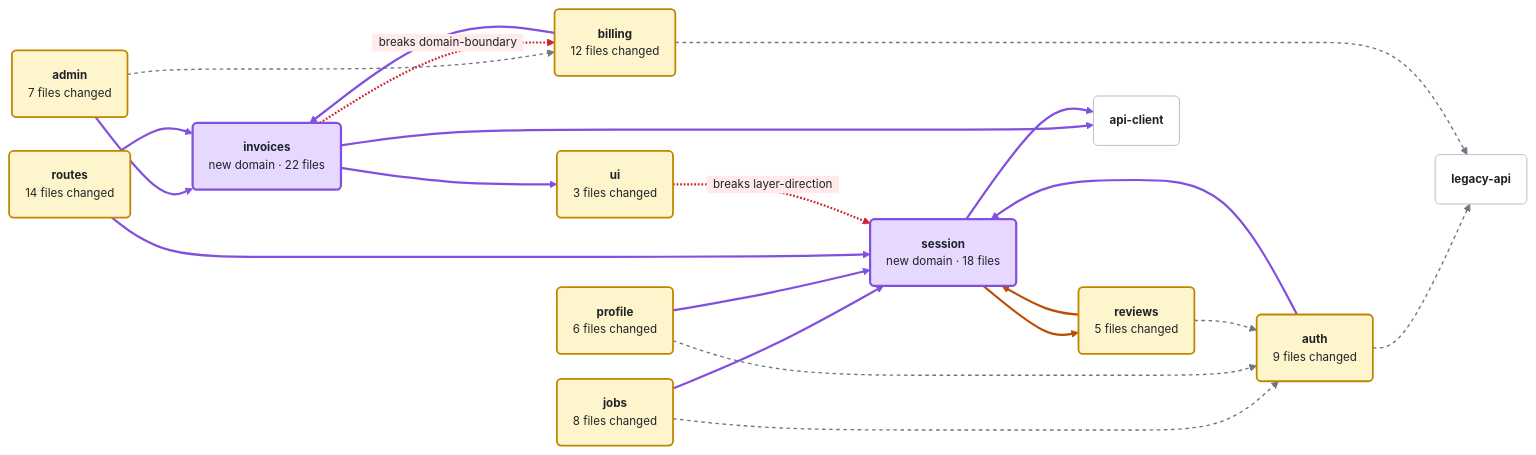
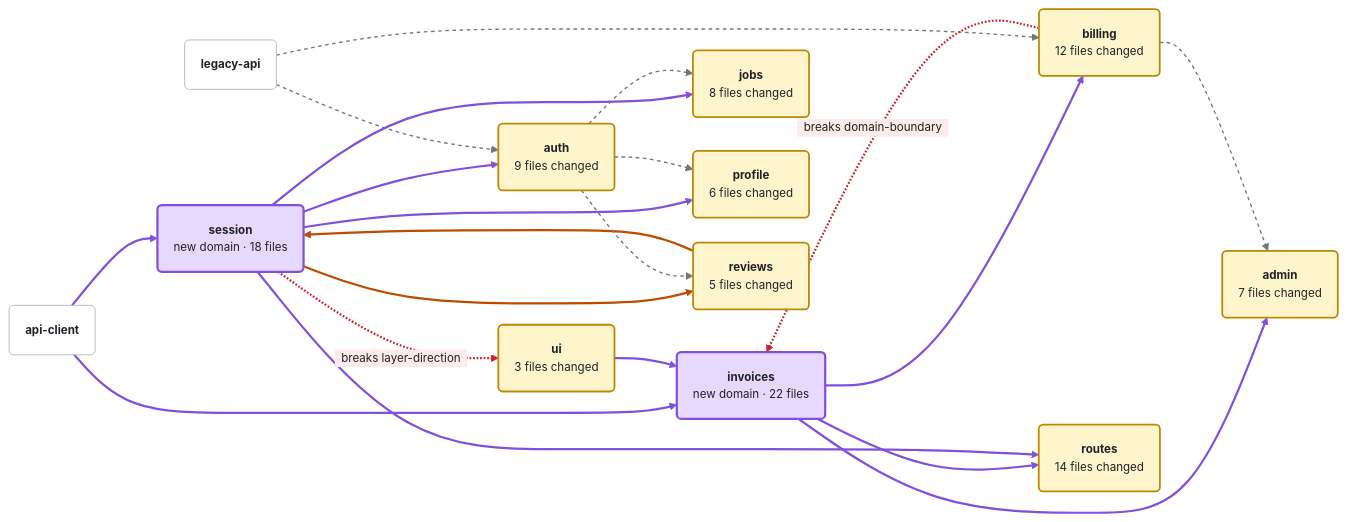
One commit to fredarcito/reins changed the diagram in docs/proposals/pr-map-examples/large.md. Above: the diagram before and after it, drawn with Mermaid. The commit also changed other lines of this file and 8 other files, not shown here.

````diff
--- a/docs/proposals/pr-map-examples/large.md
+++ b/docs/proposals/pr-map-examples/large.md
@@ -17,55 +17,55 @@
 ```mermaid
 %%{init: {"theme": "base", "flowchart": {"curve": "basis", "padding": 18, "nodeSpacing": 28, "rankSpacing": 70}, "themeVariables": {"fontFamily": "-apple-system, BlinkMacSystemFont, Segoe UI, Helvetica, Arial, sans-serif", "fontSize": "13px", "primaryColor": "#ffffff", "primaryBorderColor": "#d0d7de", "primaryTextColor": "#1f2328", "lineColor": "#8c959f", "edgeLabelBackground": "#ffebe9", "textColor": "#1f2328"}}}%%
 flowchart LR
   n1("`**invoices**
   new domain · 22 files`"):::added
   n2("`**session**
   new domain · 18 files`"):::added
   n3("`**admin**
   7 files changed`"):::touched
   n4("`**auth**
   9 files changed`"):::touched
   n5("`**billing**
   12 files changed`"):::touched
   n6("`**jobs**
   8 files changed`"):::touched
   n7("`**profile**
   6 files changed`"):::touched
   n8("`**reviews**
   5 files changed`"):::touched
   n9("`**routes**
   14 files changed`"):::touched
   n10("`**ui**
   3 files changed`"):::touched
   n11("`**api-client**`")
   n12("`**legacy-api**`")
 
-  n3 --> n1
-  n4 --> n2
-  n5 --> n1
-  n1 --> n11
-  n1 --> n10
-  n6 --> n2
-  n7 --> n2
-  n9 --> n1
-  n9 --> n2
-  n2 --> n11
+  n1 --> n3
+  n2 --> n4
+  n1 --> n5
+  n11 --> n1
+  n10 --> n1
+  n2 --> n6
+  n2 --> n7
+  n1 --> n9
+  n2 --> n9
+  n11 --> n2
+  n2 --> n8
   n8 --> n2
-  n2 --> n8
-  n3 -.-> n5
-  n4 -.-> n12
-  n5 -.-> n12
-  n6 -.-> n4
-  n7 -.-> n4
-  n8 -.-> n4
-  n1 -. "#nbsp;#nbsp;breaks domain-boundary#nbsp;#nbsp;" .-> n5
-  n10 -. "#nbsp;#nbsp;breaks layer-direction#nbsp;#nbsp;" .-> n2
+  n5 -.-> n3
+  n12 -.-> n4
+  n12 -.-> n5
+  n4 -.-> n6
+  n4 -.-> n7
+  n4 -.-> n8
+  n5 -. "#nbsp;#nbsp;breaks domain-boundary#nbsp;#nbsp;" .-> n1
+  n2 -. "#nbsp;#nbsp;breaks layer-direction#nbsp;#nbsp;" .-> n10
 
   classDef default fill:#ffffff,stroke:#afb8c1,stroke-width:1px,color:#1f2328
   classDef touched fill:#fff5cc,stroke:#bf8700,stroke-width:2px,color:#1f2328
   classDef added fill:#e6d8ff,stroke:#8250df,stroke-width:2.5px,color:#1f2328
   linkStyle 0,1,2,3,4,5,6,7,8,9 stroke:#8250df,stroke-width:2.5px
   linkStyle 10,11 stroke:#bc4c00,stroke-width:2.5px
   linkStyle 12,13,14,15,16,17 stroke:#6e7781,stroke-width:1.5px,stroke-dasharray:4 4
   linkStyle 18,19 stroke:#cf222e,stroke-width:2.5px
 ```
````
